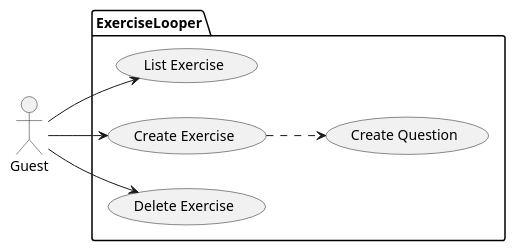
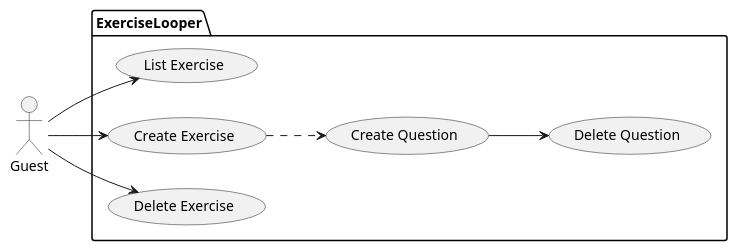
Before and after one commit to CPNV-ES/MAW1.1-JLR-JBD: the diagram in Documentation/UseCaseDiagram.pu, drawn with PlantUML. The commit also changed 4 other files, not shown here.

Commit message:
updated class and use case diagrams

```diff
--- a/Documentation/UseCaseDiagram.pu
+++ b/Documentation/UseCaseDiagram.pu
@@ -1,18 +1,19 @@
 @startuml
 left to right direction
 actor Guest as guest
 package ExerciseLooper {
 
   usecase "List Exercise" as ListExercise
   usecase "Create Exercise" as CreateExercise
   usecase "Create Question" as CreateQuestion
   usecase "Delete Exercise" as DeleteExercise
-
+  usecase "Delete Question" as DeleteQuestion
 
 
 }
 guest-->ListExercise
 guest-->CreateExercise
 CreateExercise ..>CreateQuestion
 guest-->DeleteExercise
+CreateQuestion-->DeleteQuestion
 @enduml
```
